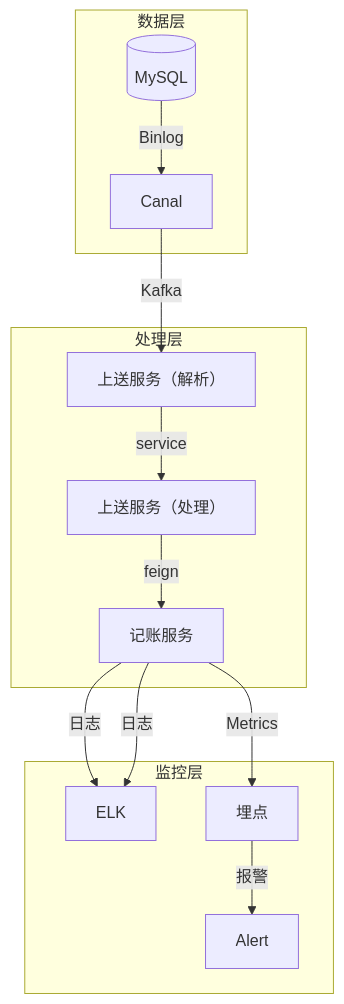
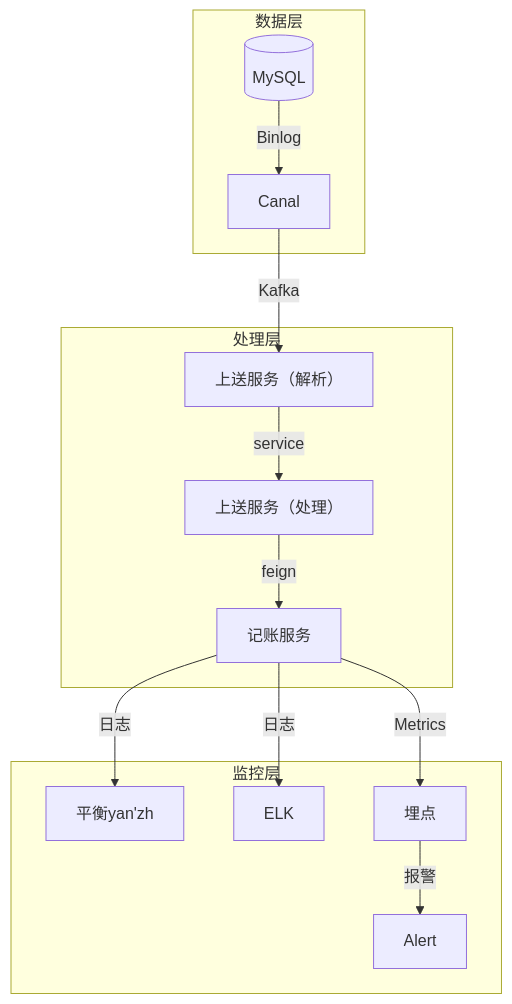
The diagram in all/未命名-1.md (87828943/iodraw-files), drawn with Mermaid before and after one commit.

Commit message:
2025-07-01 19:52:49 update

````diff
--- a/all/未命名-1.md
+++ b/all/未命名-1.md
@@ -1,17 +1,17 @@
 ```mermaid
 graph TB
     subgraph 数据层
         DB[(MySQL)] -->|Binlog| Canal
     end
     subgraph 处理层
         Canal -->|Kafka| Parser[上送服务（解析）]
         Parser -->|service| Engine[上送服务（处理）]
         Engine -->|feign| Accounting[记账服务]
     end
     subgraph 监控层
-        Accounting -->|日志| ELK
+        Accounting -->|日志| 平衡yan'zh
         Accounting -->|日志| ELK
         Accounting -->|Metrics| 埋点
         埋点 -->|报警| Alert
     end
 ```
````
